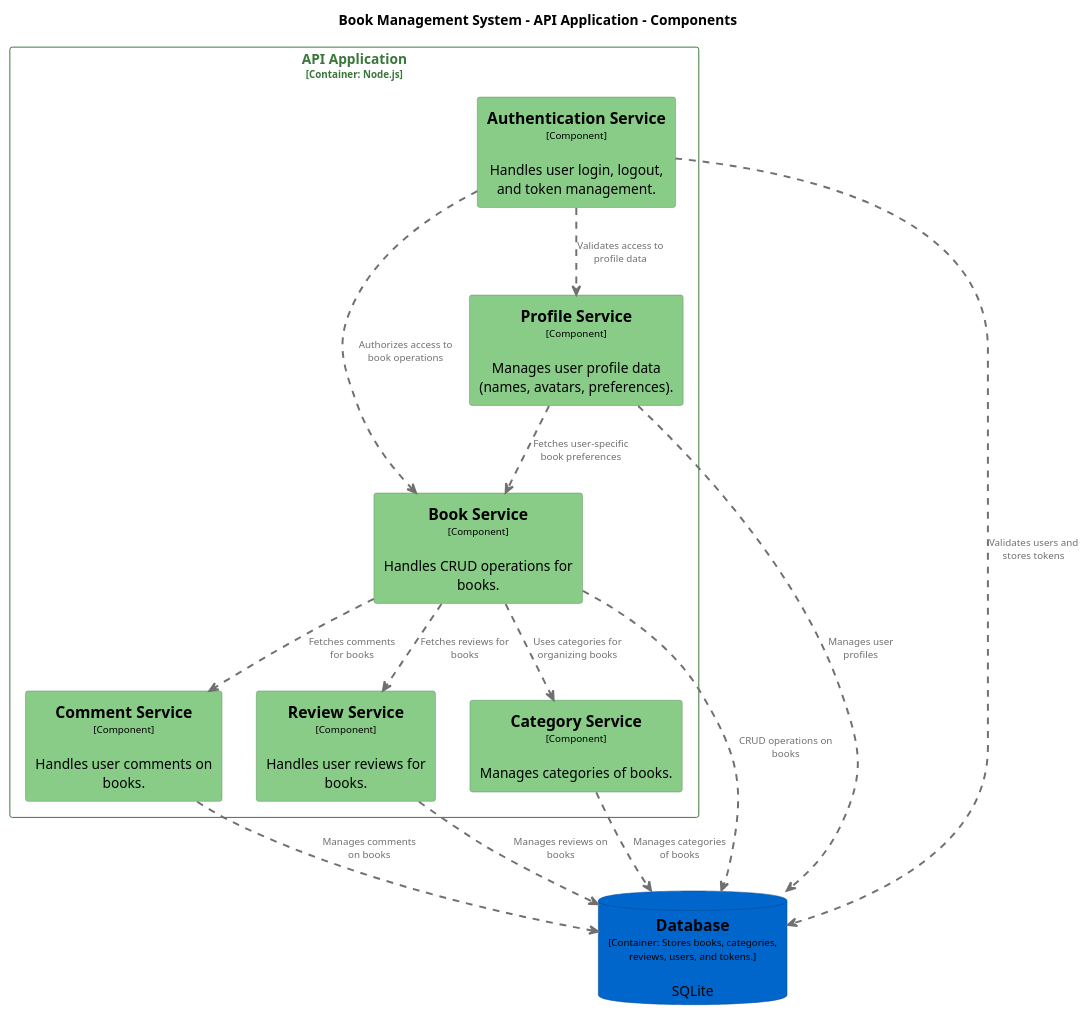
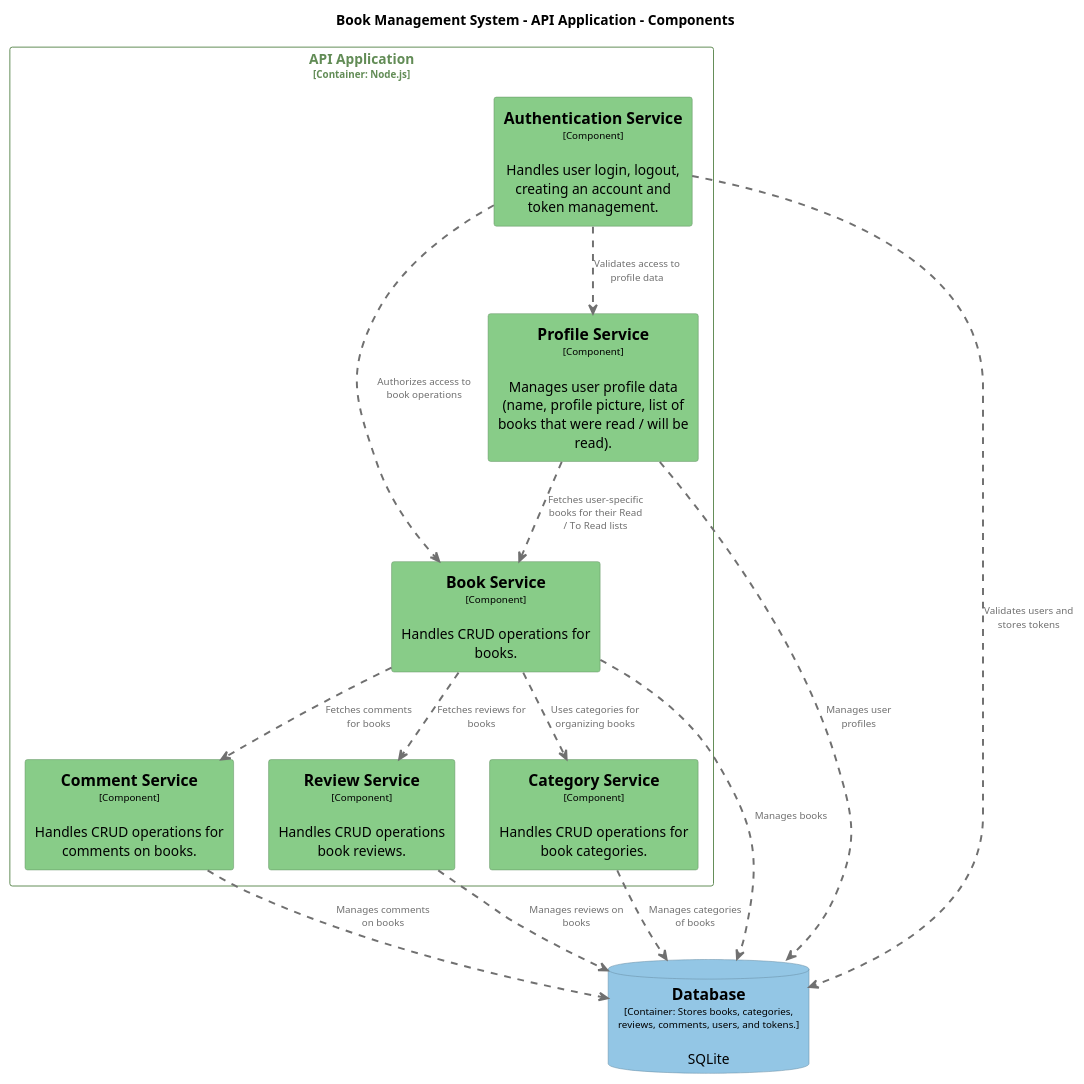
The diagram in backend/diagrams/structurizr-Backend_Components.puml (unibuc-cs/software-engineering-product-code-girls), drawn with PlantUML before and after one commit. The commit also changed 9 other files, not shown here.

Commit message:
diagrame C4

```diff
--- a/backend/diagrams/structurizr-Backend_Components.puml
+++ b/backend/diagrams/structurizr-Backend_Components.puml
@@ -1,87 +1,87 @@
 @startuml
 set separator none
 title Book Management System - API Application - Components
 
 top to bottom direction
 
 skinparam {
   arrowFontSize 10
   defaultTextAlignment center
   wrapWidth 200
   maxMessageSize 100
 }
 
 hide stereotype
 
 skinparam rectangle<<BookManagementSystem.APIApplication.AuthenticationService>> {
   BackgroundColor #88cc88
   FontColor #000000
   BorderColor #5f8e5f
   shadowing false
 }
 skinparam rectangle<<BookManagementSystem.APIApplication.BookService>> {
   BackgroundColor #88cc88
   FontColor #000000
   BorderColor #5f8e5f
   shadowing false
 }
 skinparam rectangle<<BookManagementSystem.APIApplication.CategoryService>> {
   BackgroundColor #88cc88
   FontColor #000000
   BorderColor #5f8e5f
   shadowing false
 }
 skinparam rectangle<<BookManagementSystem.APIApplication.CommentService>> {
   BackgroundColor #88cc88
   FontColor #000000
   BorderColor #5f8e5f
   shadowing false
 }
 skinparam database<<BookManagementSystem.Database>> {
-  BackgroundColor #0066cc
+  BackgroundColor #93c6e5
   FontColor #000000
-  BorderColor #00478e
+  BorderColor #668aa0
   shadowing false
 }
 skinparam rectangle<<BookManagementSystem.APIApplication.ProfileService>> {
   BackgroundColor #88cc88
   FontColor #000000
   BorderColor #5f8e5f
   shadowing false
 }
 skinparam rectangle<<BookManagementSystem.APIApplication.ReviewService>> {
   BackgroundColor #88cc88
   FontColor #000000
   BorderColor #5f8e5f
   shadowing false
 }
 skinparam rectangle<<BookManagementSystem.APIApplication>> {
-  BorderColor #3b763b
-  FontColor #3b763b
+  BorderColor #628c56
+  FontColor #628c56
   shadowing false
 }
 
-database "==Database\n<size:10>[Container: Stores books, categories, reviews, users, and tokens.]</size>\n\nSQLite" <<BookManagementSystem.Database>> as BookManagementSystem.Database
+database "==Database\n<size:10>[Container: Stores books, categories, reviews, comments, users, and tokens.]</size>\n\nSQLite" <<BookManagementSystem.Database>> as BookManagementSystem.Database
 
 rectangle "API Application\n<size:10>[Container: Node.js]</size>" <<BookManagementSystem.APIApplication>> {
-  rectangle "==Comment Service\n<size:10>[Component]</size>\n\nHandles user comments on books." <<BookManagementSystem.APIApplication.CommentService>> as BookManagementSystem.APIApplication.CommentService
-  rectangle "==Review Service\n<size:10>[Component]</size>\n\nHandles user reviews for books." <<BookManagementSystem.APIApplication.ReviewService>> as BookManagementSystem.APIApplication.ReviewService
-  rectangle "==Authentication Service\n<size:10>[Component]</size>\n\nHandles user login, logout, and token management." <<BookManagementSystem.APIApplication.AuthenticationService>> as BookManagementSystem.APIApplication.AuthenticationService
+  rectangle "==Comment Service\n<size:10>[Component]</size>\n\nHandles CRUD operations for comments on books." <<BookManagementSystem.APIApplication.CommentService>> as BookManagementSystem.APIApplication.CommentService
+  rectangle "==Review Service\n<size:10>[Component]</size>\n\nHandles CRUD operations book reviews." <<BookManagementSystem.APIApplication.ReviewService>> as BookManagementSystem.APIApplication.ReviewService
+  rectangle "==Authentication Service\n<size:10>[Component]</size>\n\nHandles user login, logout, creating an account and token management." <<BookManagementSystem.APIApplication.AuthenticationService>> as BookManagementSystem.APIApplication.AuthenticationService
   rectangle "==Book Service\n<size:10>[Component]</size>\n\nHandles CRUD operations for books." <<BookManagementSystem.APIApplication.BookService>> as BookManagementSystem.APIApplication.BookService
-  rectangle "==Profile Service\n<size:10>[Component]</size>\n\nManages user profile data (names, avatars, preferences)." <<BookManagementSystem.APIApplication.ProfileService>> as BookManagementSystem.APIApplication.ProfileService
-  rectangle "==Category Service\n<size:10>[Component]</size>\n\nManages categories of books." <<BookManagementSystem.APIApplication.CategoryService>> as BookManagementSystem.APIApplication.CategoryService
+  rectangle "==Profile Service\n<size:10>[Component]</size>\n\nManages user profile data (name, profile picture, list of books that were read / will be read)." <<BookManagementSystem.APIApplication.ProfileService>> as BookManagementSystem.APIApplication.ProfileService
+  rectangle "==Category Service\n<size:10>[Component]</size>\n\nHandles CRUD operations for book categories." <<BookManagementSystem.APIApplication.CategoryService>> as BookManagementSystem.APIApplication.CategoryService
 }
 
 BookManagementSystem.APIApplication.AuthenticationService .[#707070,thickness=2].> BookManagementSystem.Database : "<color:#707070>Validates users and stores tokens"
-BookManagementSystem.APIApplication.BookService .[#707070,thickness=2].> BookManagementSystem.Database : "<color:#707070>CRUD operations on books"
+BookManagementSystem.APIApplication.BookService .[#707070,thickness=2].> BookManagementSystem.Database : "<color:#707070>Manages books"
 BookManagementSystem.APIApplication.ProfileService .[#707070,thickness=2].> BookManagementSystem.Database : "<color:#707070>Manages user profiles"
 BookManagementSystem.APIApplication.CategoryService .[#707070,thickness=2].> BookManagementSystem.Database : "<color:#707070>Manages categories of books"
 BookManagementSystem.APIApplication.CommentService .[#707070,thickness=2].> BookManagementSystem.Database : "<color:#707070>Manages comments on books"
 BookManagementSystem.APIApplication.ReviewService .[#707070,thickness=2].> BookManagementSystem.Database : "<color:#707070>Manages reviews on books"
 BookManagementSystem.APIApplication.AuthenticationService .[#707070,thickness=2].> BookManagementSystem.APIApplication.BookService : "<color:#707070>Authorizes access to book operations"
 BookManagementSystem.APIApplication.AuthenticationService .[#707070,thickness=2].> BookManagementSystem.APIApplication.ProfileService : "<color:#707070>Validates access to profile data"
-BookManagementSystem.APIApplication.ProfileService .[#707070,thickness=2].> BookManagementSystem.APIApplication.BookService : "<color:#707070>Fetches user-specific book preferences"
+BookManagementSystem.APIApplication.ProfileService .[#707070,thickness=2].> BookManagementSystem.APIApplication.BookService : "<color:#707070>Fetches user-specific books for their Read / To Read lists"
 BookManagementSystem.APIApplication.BookService .[#707070,thickness=2].> BookManagementSystem.APIApplication.CategoryService : "<color:#707070>Uses categories for organizing books"
 BookManagementSystem.APIApplication.BookService .[#707070,thickness=2].> BookManagementSystem.APIApplication.CommentService : "<color:#707070>Fetches comments for books"
 BookManagementSystem.APIApplication.BookService .[#707070,thickness=2].> BookManagementSystem.APIApplication.ReviewService : "<color:#707070>Fetches reviews for books"
 @enduml
```
